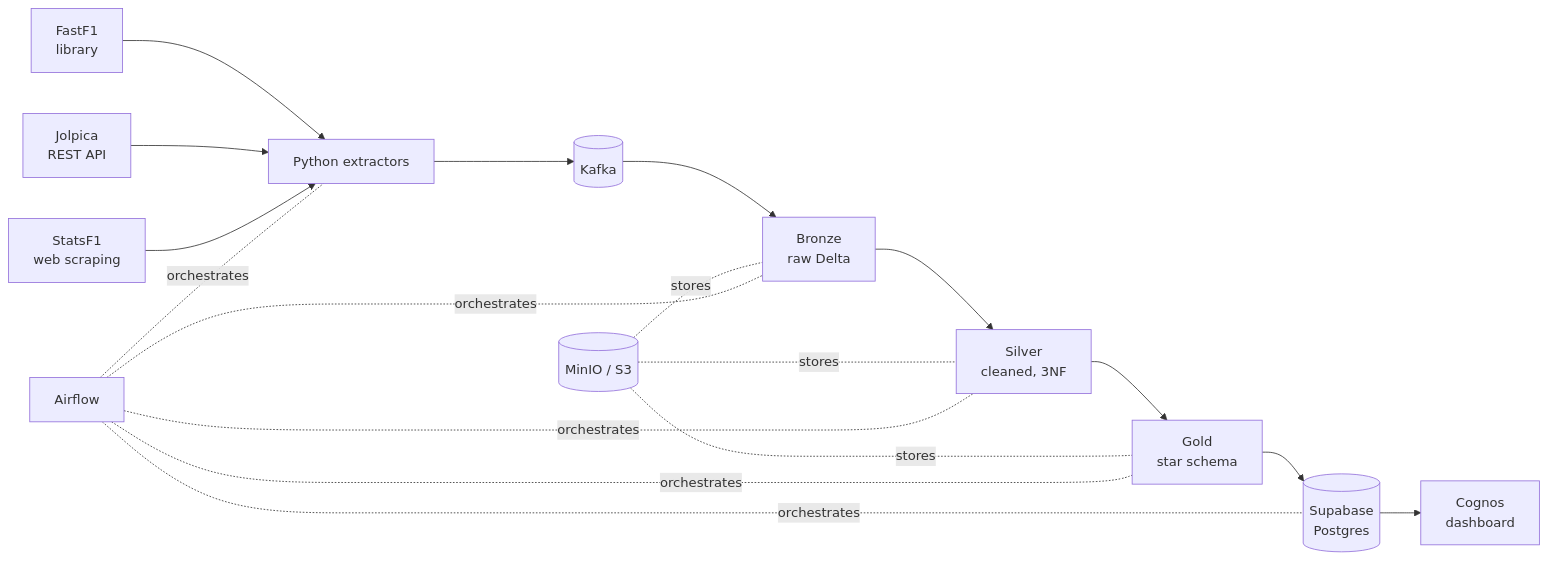
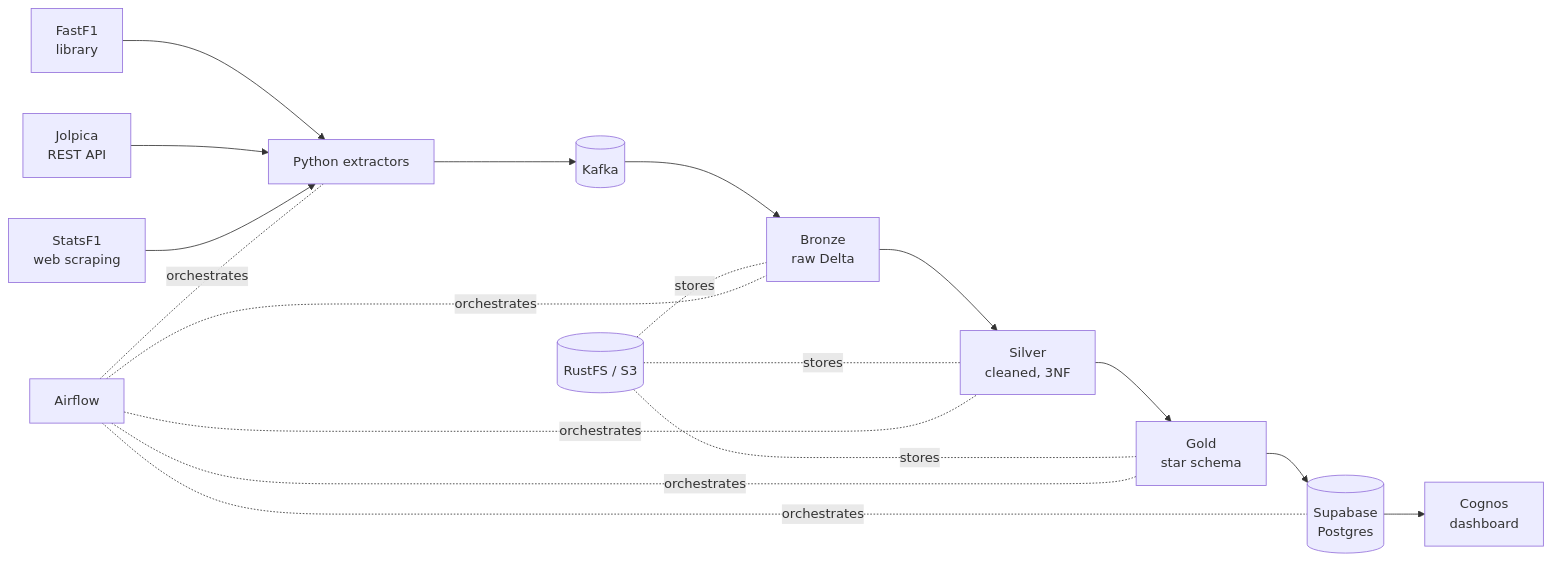
One commit to QuanPham2912/Real-Time-F1-Telemetry-Historical-Data-Platform changed the first of 3 diagrams in README.md. Above: the diagram before and after it, drawn with Mermaid. The commit also changed other lines of this file, not shown here.

Commit message:
Change storage references from MinIO to RustFS (#49)

````diff
--- a/README.md
+++ b/README.md
@@ -394,20 +407,20 @@
 ```mermaid
 flowchart LR
     A1[FastF1<br/>library] --> E[Python extractors]
     A2[Jolpica<br/>REST API] --> E
     A3[StatsF1<br/>web scraping] --> E
     E --> K[(Kafka)]
     K --> B[Bronze<br/>raw Delta]
     B --> S[Silver<br/>cleaned, 3NF]
     S --> G[Gold<br/>star schema]
     G --> P[(Supabase<br/>Postgres)]
     P --> D[Cognos<br/>dashboard]
-    M[(MinIO / S3)] -.stores.- B
+    M[(RustFS / S3)] -.stores.- B
     M -.stores.- S
     M -.stores.- G
     AF[Airflow] -.orchestrates.- E
     AF -.orchestrates.- B
     AF -.orchestrates.- S
     AF -.orchestrates.- G
     AF -.orchestrates.- P
 ```
````
